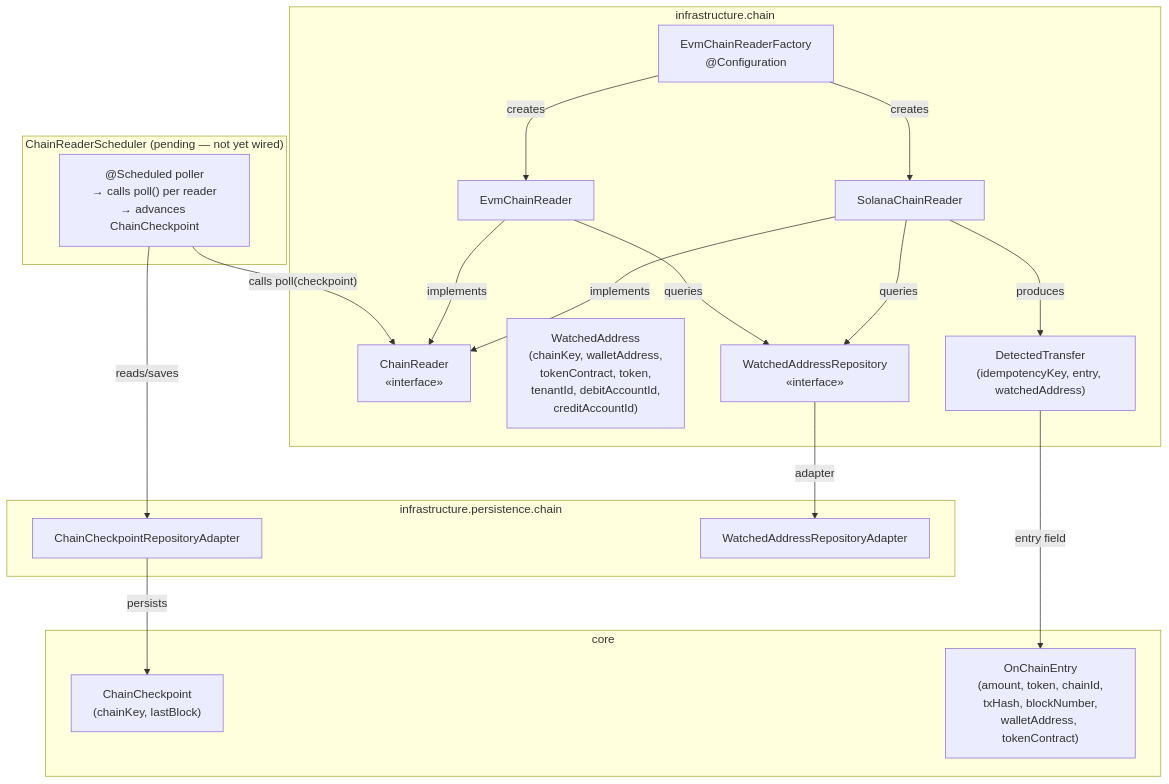
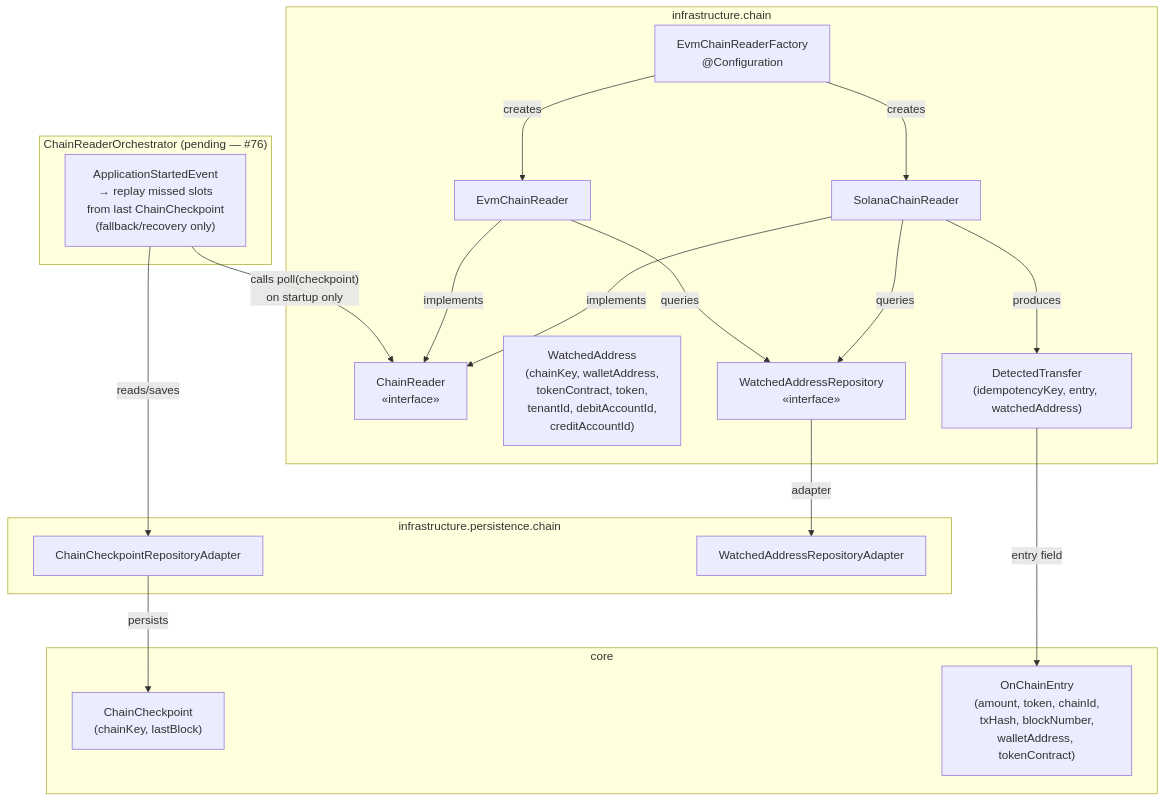
One commit to idem-finance/idem changed the first of 4 diagrams in docs/solana-chain-reader.md. Above: the diagram before and after it, drawn with Mermaid. The commit also changed other lines of this file, not shown here.

First line of the commit message:
docs: update solana-chain-reader.md — fallback/recovery role, no scheduler

````diff
--- a/docs/solana-chain-reader.md
+++ b/docs/solana-chain-reader.md
@@ -26,39 +26,39 @@
 ```mermaid
 graph TD
     subgraph core
         ChainCheckpoint["ChainCheckpoint\n(chainKey, lastBlock)"]
         OnChainEntry["OnChainEntry\n(amount, token, chainId,\ntxHash, blockNumber,\nwalletAddress, tokenContract)"]
     end
 
     subgraph infrastructure.chain
         CR["ChainReader\n«interface»"]
         SCR["SolanaChainReader"]
         ECR["EvmChainReader"]
         FACTORY["EvmChainReaderFactory\n@Configuration"]
         WA["WatchedAddress\n(chainKey, walletAddress,\ntokenContract, token,\ntenantId, debitAccountId,\ncreditAccountId)"]
         DT["DetectedTransfer\n(idempotencyKey, entry, watchedAddress)"]
         WAR["WatchedAddressRepository\n«interface»"]
     end
 
     subgraph infrastructure.persistence.chain
         CCP["ChainCheckpointRepositoryAdapter"]
         WAP["WatchedAddressRepositoryAdapter"]
     end
 
-    subgraph scheduler["ChainReaderScheduler (pending — not yet wired)"]
-        SCHED["@Scheduled poller\n→ calls poll() per reader\n→ advances ChainCheckpoint"]
+    subgraph orchestrator["ChainReaderOrchestrator (pending — #76)"]
+        ORCH["ApplicationStartedEvent\n→ replay missed slots\nfrom last ChainCheckpoint\n(fallback/recovery only)"]
     end
 
     FACTORY -->|"creates"| SCR
     FACTORY -->|"creates"| ECR
     SCR -->|"implements"| CR
     ECR -->|"implements"| CR
     SCR -->|"queries"| WAR
     ECR -->|"queries"| WAR
     WAR -->|"adapter"| WAP
     SCR -->|"produces"| DT
     DT -->|"entry field"| OnChainEntry
-    SCHED -->|"calls poll(checkpoint)"| CR
-    SCHED -->|"reads/saves"| CCP
+    ORCH -->|"calls poll(checkpoint)\non startup only"| CR
+    ORCH -->|"reads/saves"| CCP
     CCP -->|"persists"| ChainCheckpoint
 ```
````
